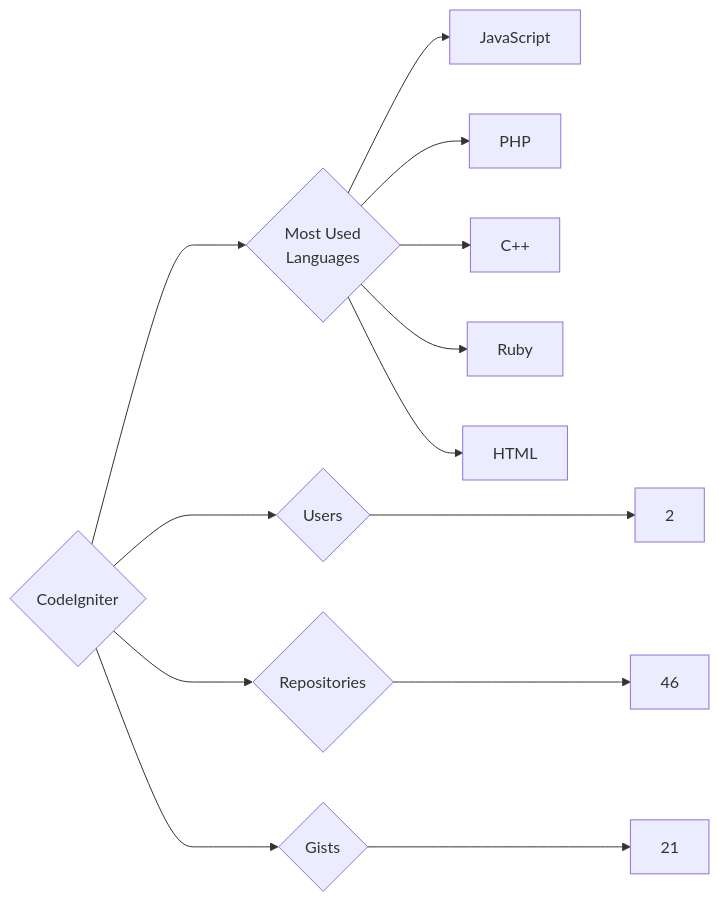
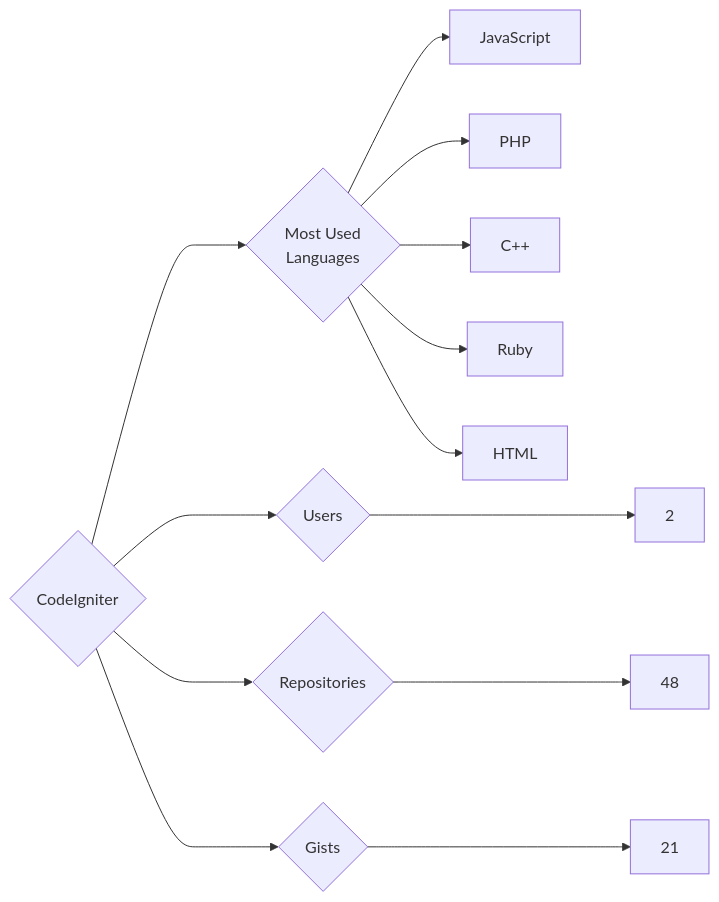
One commit to trickest/insiders changed the diagram in targets/CodeIgniter/README.md. Above: the diagram before and after it, drawn with Mermaid. The commit also changed 944 other files, not shown here.

````diff
--- a/targets/CodeIgniter/README.md
+++ b/targets/CodeIgniter/README.md
@@ -3,13 +3,13 @@
 ```mermaid
 graph LR
 COMPANY_NAME{CodeIgniter}
 COMPANY_NAME ---> U{Users} ---> UN[2]
-COMPANY_NAME ---> R{Repositories} ---> RN[46]
+COMPANY_NAME ---> R{Repositories} ---> RN[48]
 COMPANY_NAME ---> G{Gists} ---> GN[21]
 COMPANY_NAME ---> ML{Most Used<br>Languages}
 ML --> JavaScript[JavaScript]
 ML --> PHP[PHP]
 ML --> C++[C++]
 ML --> Ruby[Ruby]
 ML --> HTML[HTML]
 ```
````
